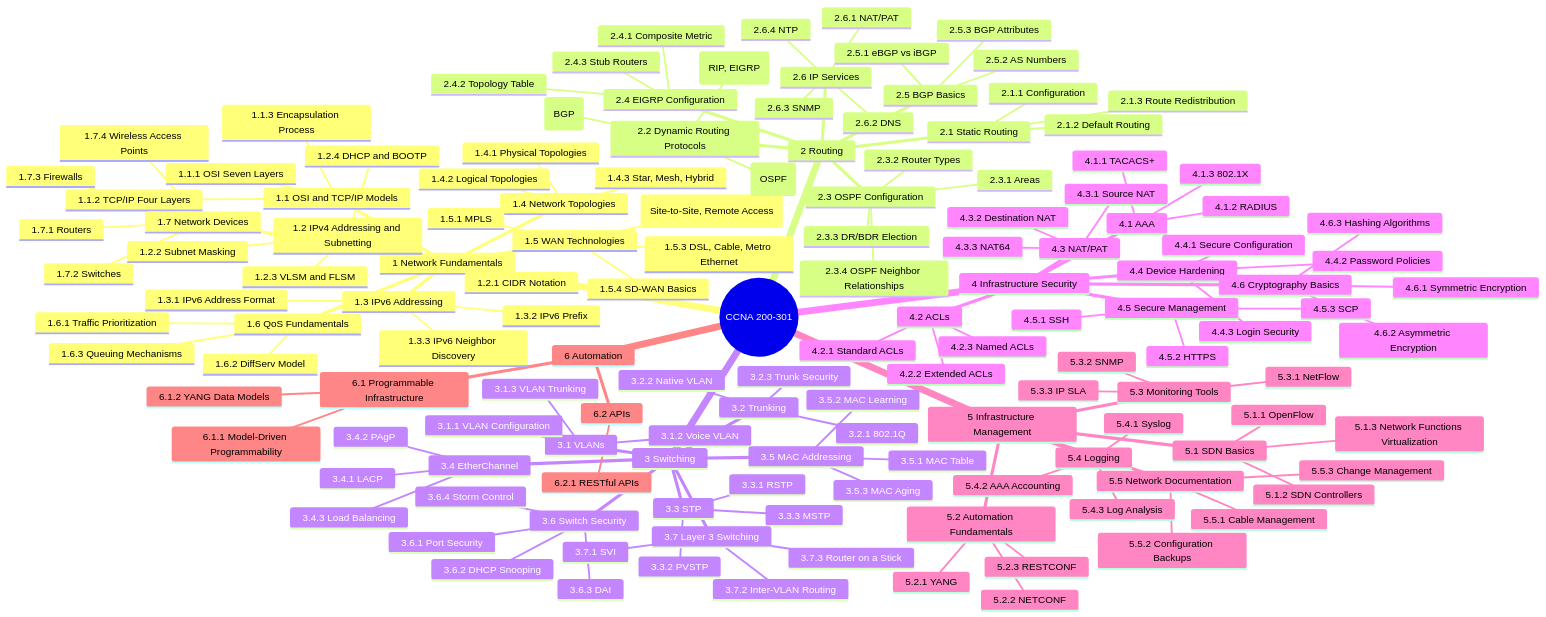
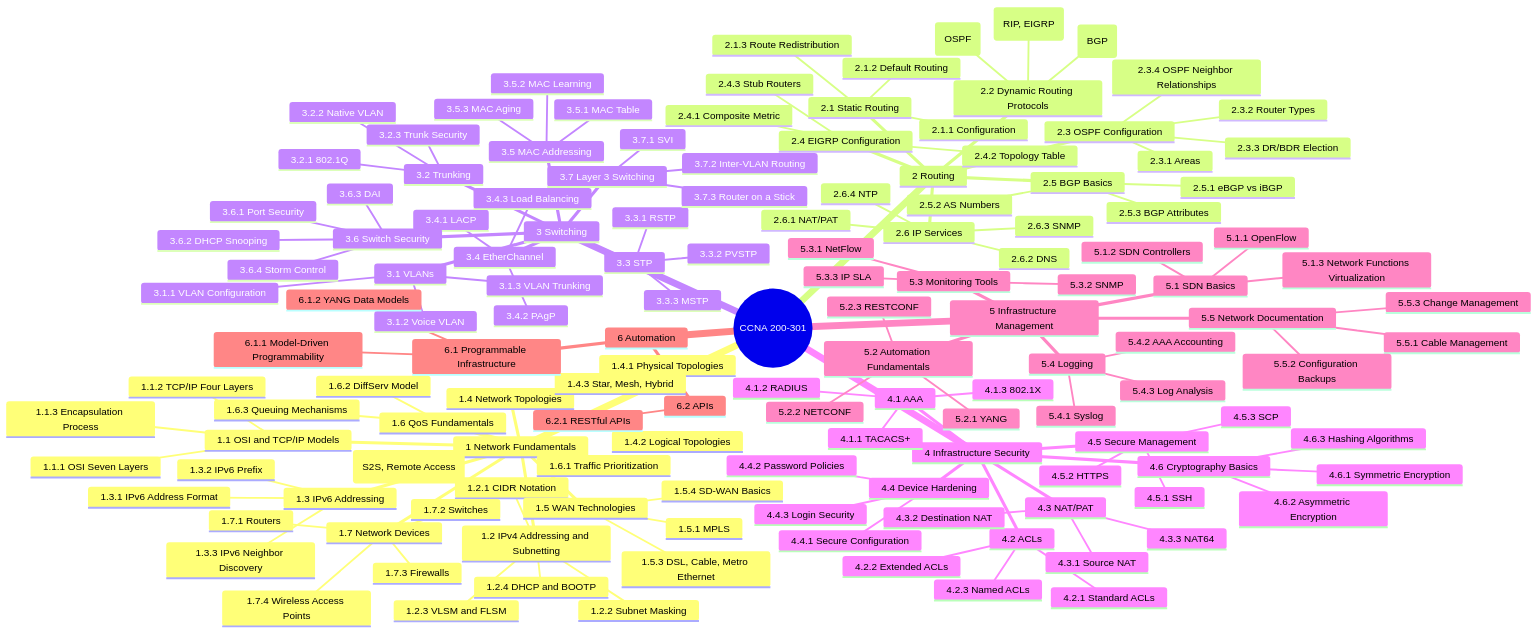
The diagram in Cisco/CCNA/200-301.md (sbzsilva/mindmap), drawn with Mermaid before and after one commit.

```diff
--- a/Cisco/CCNA/200-301.md
+++ b/Cisco/CCNA/200-301.md
@@ -21,7 +21,7 @@
         1.4.3 Star, Mesh, Hybrid
       1.5 WAN Technologies
         1.5.1 MPLS
-        1.5.2 VPN (Site-to-Site, Remote Access)
+        1.5.2 VPN (S2S, Remote Access)
         1.5.3 DSL, Cable, Metro Ethernet
         1.5.4 SD-WAN Basics
       1.6 QoS Fundamentals
```
